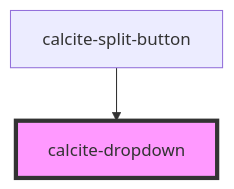
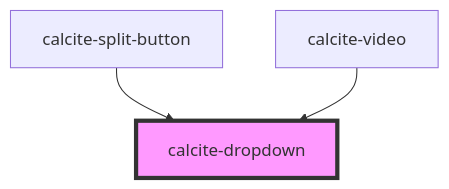
Before and after one commit to Esri/calcite-design-system: the diagram in src/components/calcite-dropdown/readme.md, drawn with Mermaid. The commit also changed other lines of this file and 13 other files, not shown here.

````diff
--- a/src/components/calcite-dropdown/readme.md
+++ b/src/components/calcite-dropdown/readme.md
@@ -78,5 +79,6 @@
 ```mermaid
 graph TD;
   calcite-split-button --> calcite-dropdown
+  calcite-video --> calcite-dropdown
   style calcite-dropdown fill:#f9f,stroke:#333,stroke-width:4px
 ```
````
